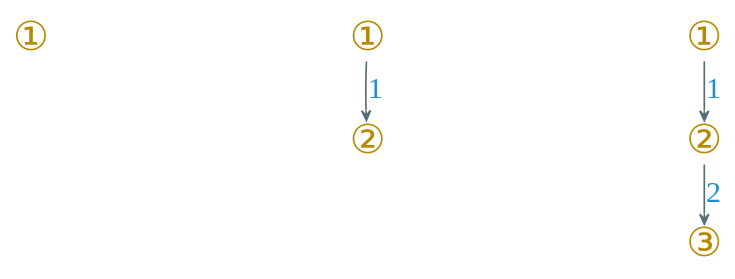
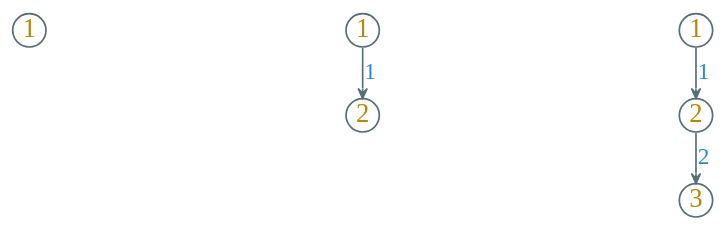
Before and after one commit to Avanti1980/course-alg: the diagram in dot/four-queen-solve1.dot, drawn with Graphviz. The commit also changed 7 other files, not shown here.

```diff
--- a/dot/four-queen-solve1.dot
+++ b/dot/four-queen-solve1.dot
@@ -1,21 +1,21 @@
 digraph g {
     bgcolor=transparent
     rankdir=TB
     graph [nodesep=2.5, ranksep=0.2]
-    node [shape=plain, color="#586e75", fontcolor="#b58900", fontsize=24, fontname="LXGWWenKai"]
-    edge [arrowhead=vee, color="#586e75", fontcolor="#268bd2", fontsize=18, fontname="LXGWWenKai" arrowsize=0.6]
+    node [shape=circle, fixedsize=true, width=0.28, color="#586e75", fontcolor="#b58900", fontsize=16, fontname="LXGWWenKai"]
+    edge [arrowhead=vee, color="#586e75", fontcolor="#268bd2", fontsize=14, fontname="LXGWWenKai" arrowsize=0.6]
 
-    n1 [label=①]
+    n1 [label=1]
 
-    n2 [label=①]
-    n3 [label=②]
+    n2 [label=1]
+    n3 [label=2]
 
     n2 -> n3 [label="1"]
 
-    n4 [label=①]
-    n5 [label=②]
-    n6 [label=③]
+    n4 [label=1]
+    n5 [label=2]
+    n6 [label=3]
 
     n4 -> n5 [label="1"]
     n5 -> n6 [label="2"]
 }
```
